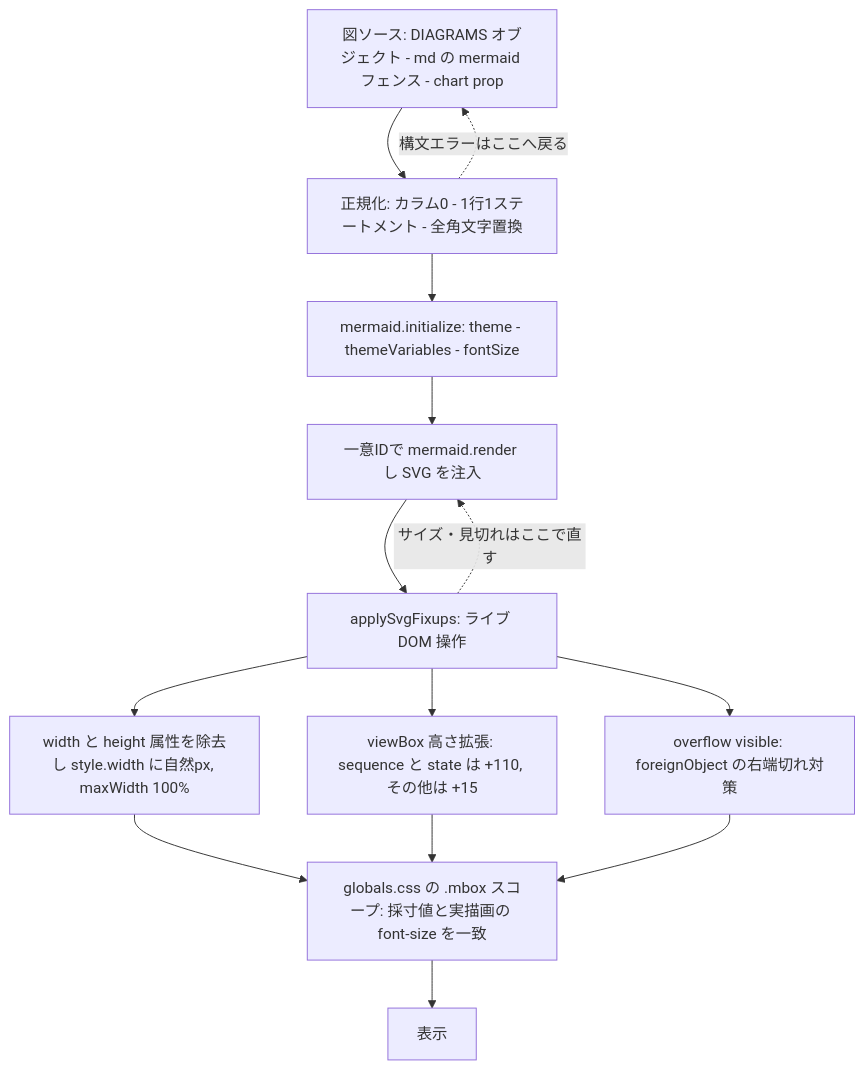
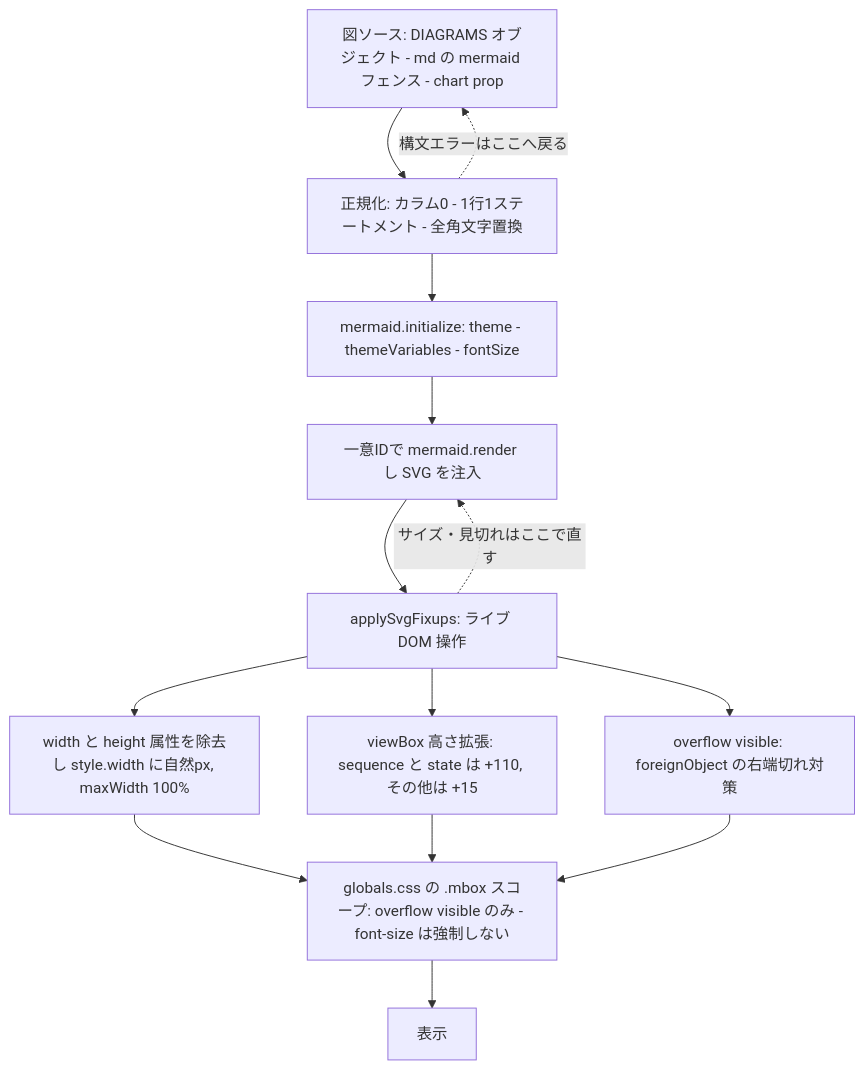
One commit to myoshi2891/Software-Design-and-Architecture changed the diagram in .claude/skills/fix-mermaid/SKILL.md. Above: the diagram before and after it, drawn with Mermaid. The commit also changed other lines of this file, not shown here.

Commit message:
docs(fix-mermaid): sync sizing and font-size guidelines with implementation

````diff
--- a/.claude/skills/fix-mermaid/SKILL.md
+++ b/.claude/skills/fix-mermaid/SKILL.md
@@ -24,16 +24,16 @@
 ```mermaid
 flowchart TD
 Src["図ソース: DIAGRAMS オブジェクト - md の mermaid フェンス - chart prop"] --> Norm["正規化: カラム0 - 1行1ステートメント - 全角文字置換"]
 Norm --> Init["mermaid.initialize: theme - themeVariables - fontSize"]
 Init --> Run["一意IDで mermaid.render し SVG を注入"]
 Run --> Fix["applySvgFixups: ライブ DOM 操作"]
 Fix --> W["width と height 属性を除去し style.width に自然px, maxWidth 100%"]
 Fix --> V["viewBox 高さ拡張: sequence と state は +110, その他は +15"]
 Fix --> O["overflow visible: foreignObject の右端切れ対策"]
-W --> CSS["globals.css の .mbox スコープ: 採寸値と実描画の font-size を一致"]
+W --> CSS["globals.css の .mbox スコープ: overflow visible のみ - font-size は強制しない"]
 V --> CSS
 O --> CSS
 CSS --> Out["表示"]
 Norm -.構文エラーはここへ戻る.-> Src
 Fix -.サイズ・見切れはここで直す.-> Run
 ```
````
